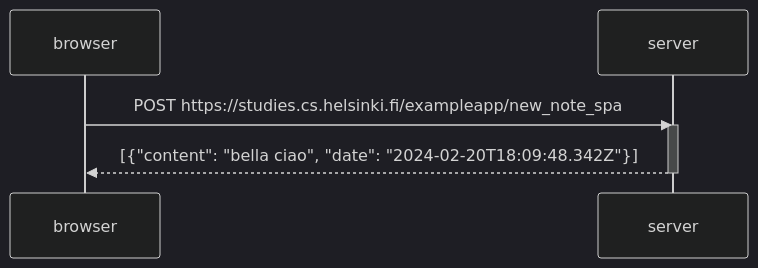
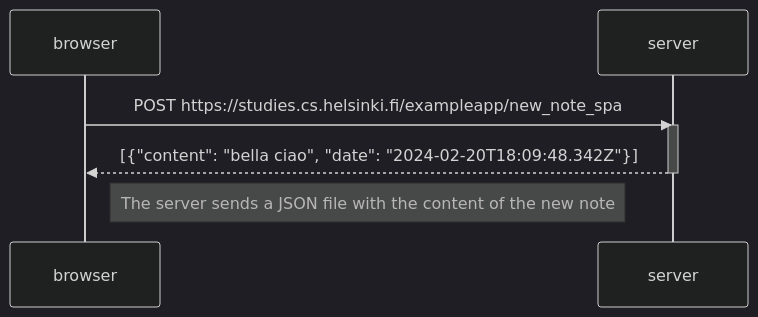
Before and after one commit to clebinho1234/part0: the diagram in 0.6.md, drawn with Mermaid (dark theme).

````diff
--- a/0.6.md
+++ b/0.6.md
@@ -1,12 +1,13 @@
 ```mermaid
 
 sequenceDiagram
     participant browser
     participant server
 
     browser->>server: POST https://studies.cs.helsinki.fi/exampleapp/new_note_spa
     activate server
     server-->>browser: [{"content": "bella ciao", "date": "2024-02-20T18:09:48.342Z"}]
     deactivate server    
 
+    Note right of browser: The server sends a JSON file with the content of the new note
 ```
````
